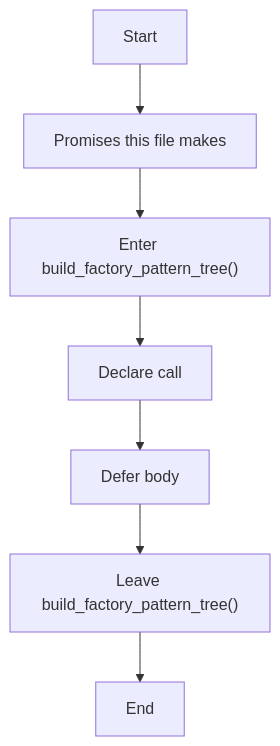
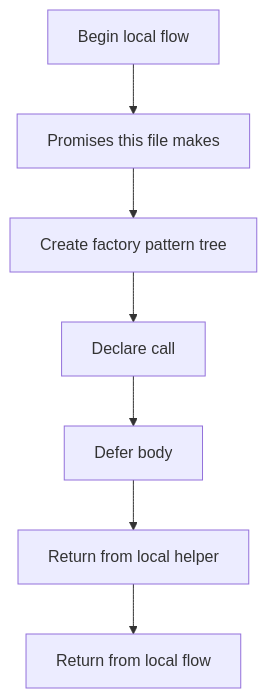
The first of 2 diagrams in docs/Codebase/Microservice/Modules/Header/SyntacticBrokenAST/Analysis/Patterns/Creational/Factory/core.hpp.md (JohnAndrewBalbarosa/NeoTerritory), drawn with Mermaid before and after one commit. The commit also changed other lines of this file and 925 other files, not shown here.

````diff
--- a/docs/Codebase/Microservice/Modules/Header/SyntacticBrokenAST/Analysis/Patterns/Creational/Factory/core.hpp.md
+++ b/docs/Codebase/Microservice/Modules/Header/SyntacticBrokenAST/Analysis/Patterns/Creational/Factory/core.hpp.md
@@ -22,16 +21,16 @@
 ```mermaid
 flowchart TD
-    Start["Start"]
+    Start["Begin local flow"]
     N0["Promises this file makes"]
-    N1["Enter build_factory_pattern_tree()"]
+    N1["Create factory pattern tree"]
     N2["Declare call"]
     N3["Defer body"]
-    N4["Leave build_factory_pattern_tree()"]
-    End["End"]
+    N4["Return from local helper"]
+    End["Return from local flow"]
     Start --> N0
     N0 --> N1
     N1 --> N2
     N2 --> N3
     N3 --> N4
     N4 --> End
 ```
````
